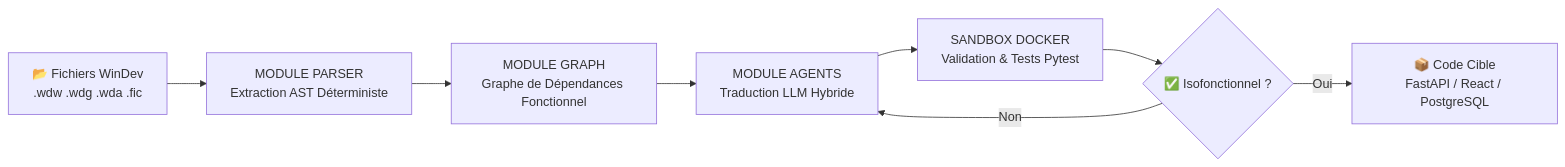
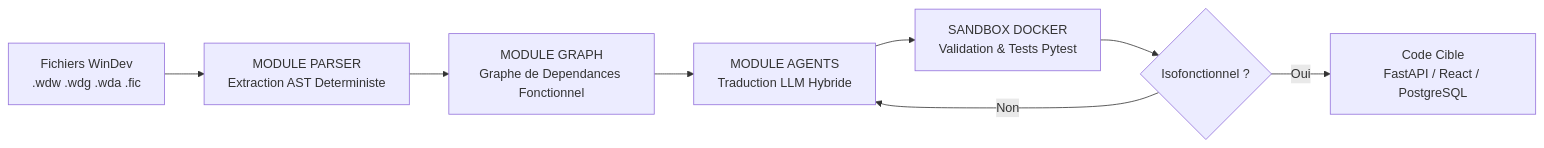
Before and after one commit to eberess/tharos_core: the diagram in README.md, drawn with Mermaid.

Commit message:
docs: retirer emojis du diagramme Mermaid

````diff
--- a/README.md
+++ b/README.md
@@ -9,10 +9,10 @@
 ```mermaid
 graph LR
-    A[📂 Fichiers WinDev<br/>.wdw .wdg .wda .fic] --> B[MODULE PARSER<br/>Extraction AST Déterministe]
-    B --> C[MODULE GRAPH<br/>Graphe de Dépendances Fonctionnel]
+    A[Fichiers WinDev<br/>.wdw .wdg .wda .fic] --> B[MODULE PARSER<br/>Extraction AST Deterministe]
+    B --> C[MODULE GRAPH<br/>Graphe de Dependances Fonctionnel]
     C --> D[MODULE AGENTS<br/>Traduction LLM Hybride]
     D --> E[SANDBOX DOCKER<br/>Validation & Tests Pytest]
-    E --> F{✅ Isofonctionnel ?}
-    F -->|Oui| G[📦 Code Cible<br/>FastAPI / React / PostgreSQL]
+    E --> F{Isofonctionnel ?}
+    F -->|Oui| G[Code Cible<br/>FastAPI / React / PostgreSQL]
     F -->|Non| D
 ```
````
